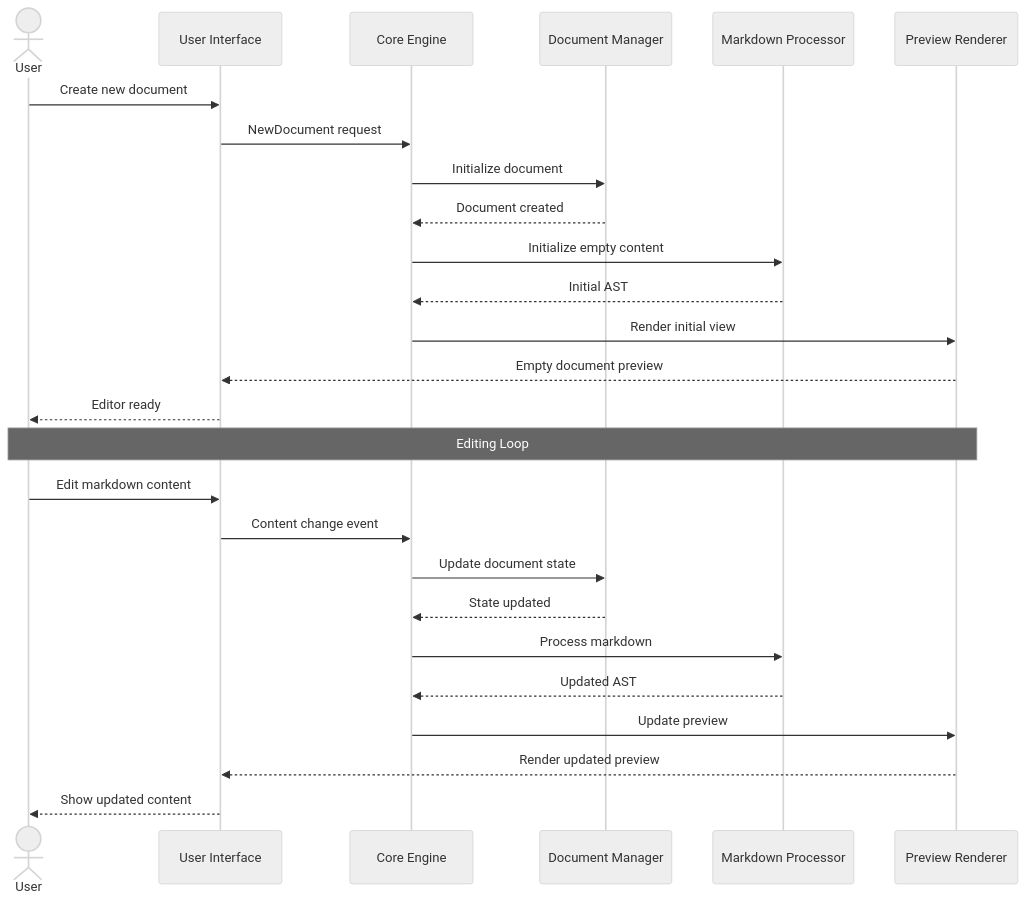
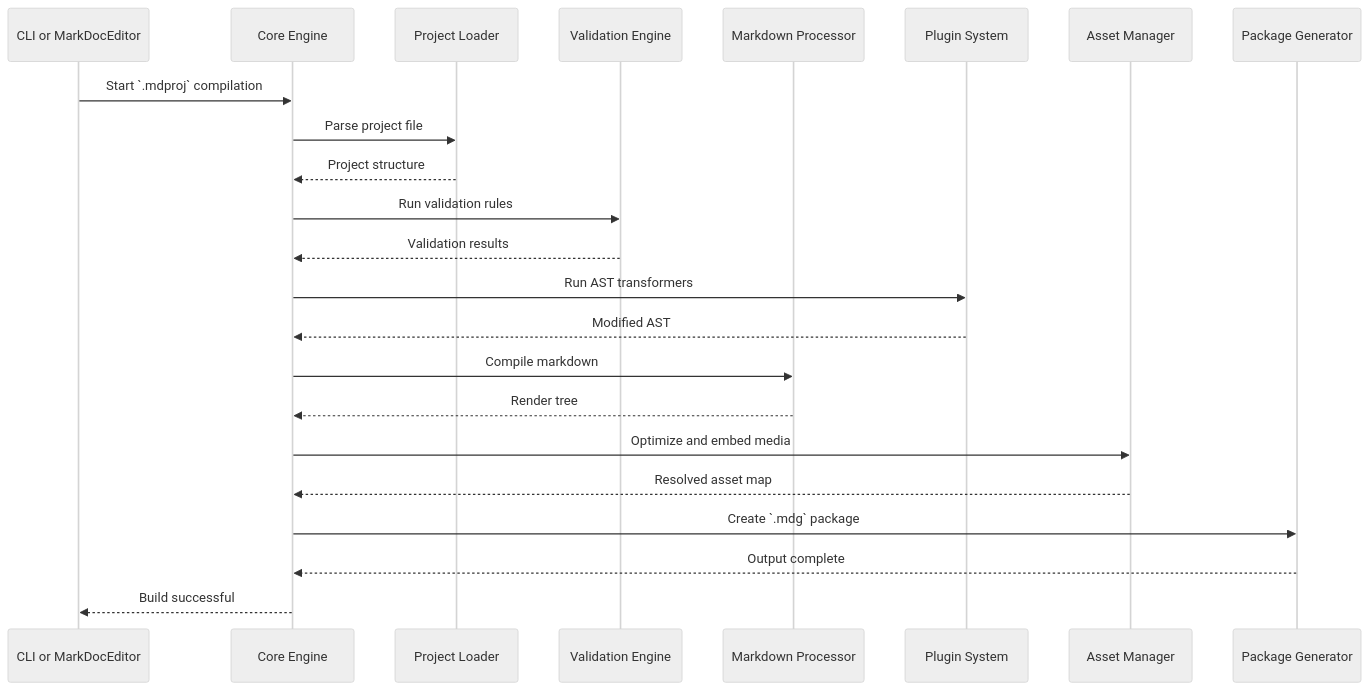
Before and after one commit to Cadtastic/MarkDocSuite: the first of 3 diagrams in MarkDocCompiler/markdoccompiler-process-flows.md, drawn with Mermaid (neutral theme). The commit also changed other lines of this file and 26 other files, not shown here.

````diff
--- a/MarkDocCompiler/markdoccompiler-process-flows.md
+++ b/MarkDocCompiler/markdoccompiler-process-flows.md
@@ -7,31 +9,26 @@
 ```mermaid
 sequenceDiagram
-    actor User
-    participant UI as User Interface
-    participant Core as Core Engine
-    participant DM as Document Manager
-    participant MP as Markdown Processor
-    participant Preview as Preview Renderer
-    
-    User->>UI: Create new document
-    UI->>Core: NewDocument request
-    Core->>DM: Initialize document
-    DM-->>Core: Document created
-    Core->>MP: Initialize empty content
-    MP-->>Core: Initial AST
-    Core->>Preview: Render initial view
-    Preview-->>UI: Empty document preview
-    UI-->>User: Editor ready
-    
-    Note over User, Preview: Editing Loop
-    
-    User->>UI: Edit markdown content
-    UI->>Core: Content change event
-    Core->>DM: Update document state
-    DM-->>Core: State updated
-    Core->>MP: Process markdown
-    MP-->>Core: Updated AST
-    Core->>Preview: Update preview
-    Preview-->>UI: Render updated preview
-    UI-->>User: Show updated content
+    participant CLI as CLI or MarkDocEditor
+    participant Compiler as Core Engine
+    participant Loader as Project Loader
+    participant Validator as Validation Engine
+    participant Processor as Markdown Processor
+    participant Plugins as Plugin System
+    participant Assets as Asset Manager
+    participant Packager as Package Generator
+
+    CLI->>Compiler: Start `.mdproj` compilation
+    Compiler->>Loader: Parse project file
+    Loader-->>Compiler: Project structure
+    Compiler->>Validator: Run validation rules
+    Validator-->>Compiler: Validation results
+    Compiler->>Plugins: Run AST transformers
+    Plugins-->>Compiler: Modified AST
+    Compiler->>Processor: Compile markdown
+    Processor-->>Compiler: Render tree
+    Compiler->>Assets: Optimize and embed media
+    Assets-->>Compiler: Resolved asset map
+    Compiler->>Packager: Create `.mdg` package
+    Packager-->>Compiler: Output complete
+    Compiler-->>CLI: Build successful
 ```
````
